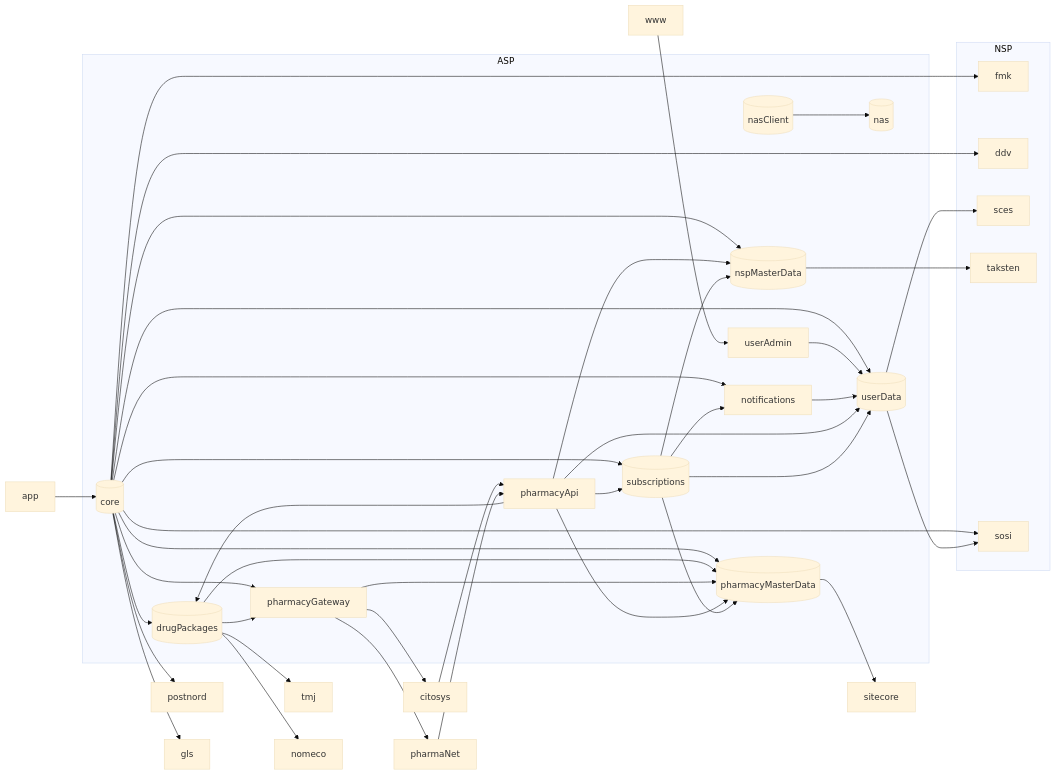
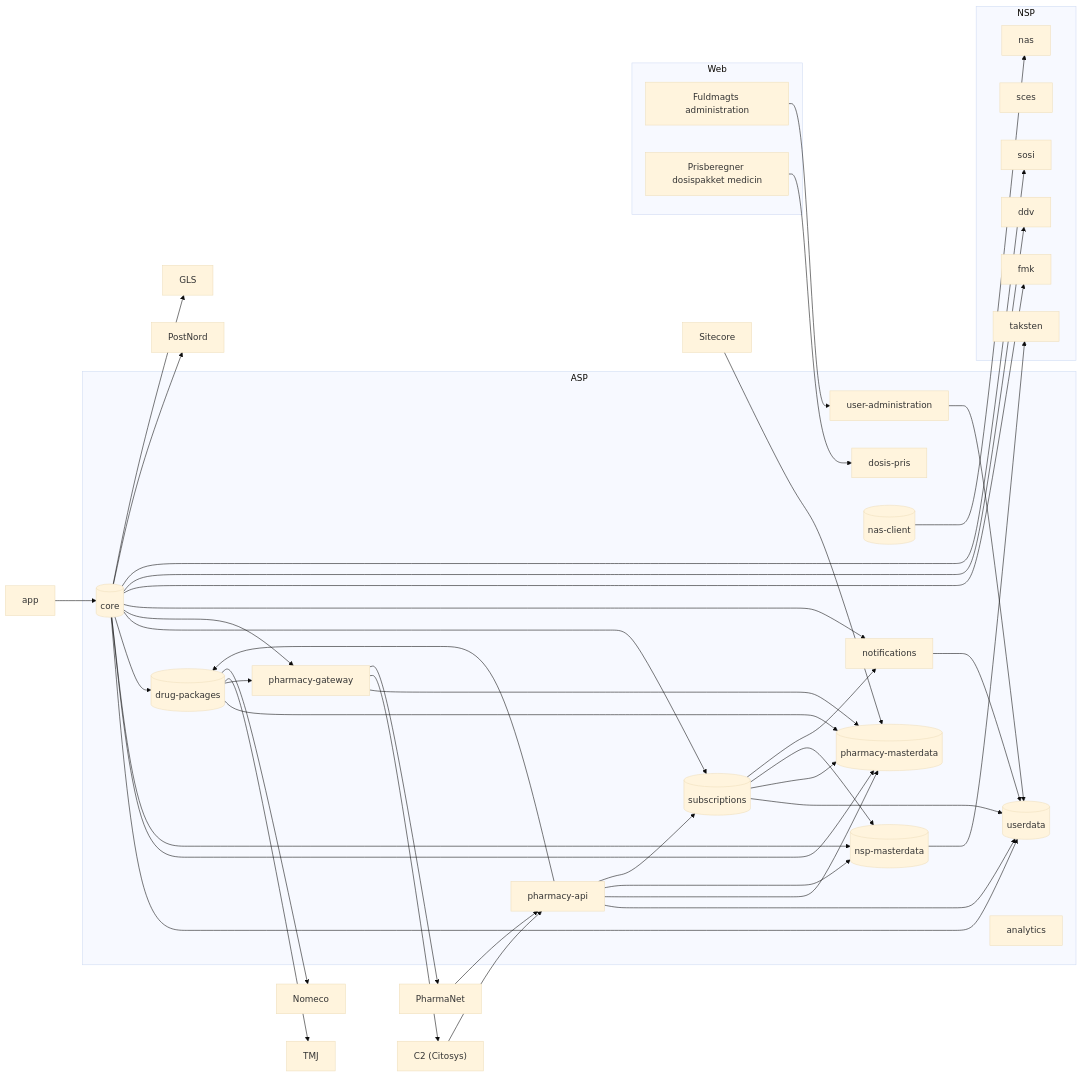
One commit to trifork/apoteksapp-documentation changed the diagram in README.md. Above: the diagram before and after it, drawn with Mermaid (base theme). The commit also changed other lines of this file, not shown here.

Commit message:
Rework dependency graph

````diff
--- a/README.md
+++ b/README.md
@@ -18,54 +21,85 @@
 ```mermaid
-flowchart LR
+graph LR
+    subgraph asp["ASP"]
+        core[("core")]
+        click core "https://github.com/trifork/apoteksapp-backend-core"
+        
+        userdata[("userdata")]
+        click userdata "https://github.com/trifork/apoteksapp-backend-userdata"
+        
+        pharmacyMasterdata[("pharmacy-masterdata")]
+        click pharmacyMasterdata "https://github.com/trifork/apoteksapp-backend-pharmacy-masterdata"
+        
+        nspMasterdata[("nsp-masterdata")]
+        click nspMasterdata "https://github.com/trifork/apoteksapp-backend-nsp-masterdata"
+        
+        drugPackages[("drug-packages")]
+        click drugPackages "https://github.com/trifork/apoteksapp-backend-drug-packages"
+        
+        subscriptions[("subscriptions")]
+        click subscriptions "https://github.com/trifork/apoteksapp-backend-subscriptions"
+               
+        pharmacyApi["pharmacy-api"]
+        click pharmacyApi "https://github.com/trifork/apoteksapp-backend-pharmacy-api"
+        
+        pharmacyGateway["pharmacy-gateway"]
+        click pharmacyGateway "https://github.com/trifork/apoteksapp-backend-pharmacy-gateway"
+        
+        nasClient[("nas-client")]
+        click nasClient "https://github.com/trifork/apoteksapp-backend-nas-client"
+        
+        userAdmin["user-administration"]
+        click userAdmin "https://github.com/trifork/apoteksapp-backend-user-administration"
+        
+        notifications["notifications"]
+        click notifications "https://github.com/trifork/apoteksapp-backend-notifications"
 
-    subgraph asp["ASP"]
-        core[(core)]
-        nspMasterData[(nspMasterData)]
-        subscriptions[(subscriptions)]
-        userAdmin
-        userData[(userData)]
-        nas[(nas)]
-        drugPackages[(drugPackages)]
-        notifications
-        pharmacyMasterData[(pharmacyMasterData)]
-        pharmacyApi
-        pharmacyGateway
-        nasClient[(nasClient)]
+        analytics["analytics"]
+        click analytics "https://github.com/trifork/apoteksapp-backend-analytics"
+        
+        dosePriceWeb["dosis-pris"]
+        click dosePriceWeb "https://github.com/trifork/apoteksapp-dosis-pris"
+    end
+
+    subgraph www["Web"]
+        procurationAdmin["Fuldmagts administration"]
+        click procurationAdmin "https://app.apoteket.dk/login"
+    
+        dosePrice["Prisberegner dosispakket medicin"]
+        click dosePrice "https://app.apoteket.dk/prisberegner-dosispakket-medicin"
     end
 
     subgraph nsp["NSP"]
+        sosi
+        sces
         fmk
         ddv
-        sces
+        nas
         taksten
-        sosi
     end
 
     app
-    www
-    tmj
-    nomeco
-    sitecore
-    citosys
-    pharmaNet
-
-    postnord
-    gls
+    sitecore["Sitecore"]
+    citosys["C2 (Citosys)"]
+    pharmaNet["PharmaNet"]
+    tmj["TMJ"]
+    nomeco["Nomeco"]
+    postnord["PostNord"]
+    gls["GLS"]
+    
+    core --> userdata & pharmacyMasterdata & nspMasterdata & drugPackages & subscriptions & pharmacyGateway & notifications & fmk & ddv & sosi & postnord & gls
+    nspMasterdata --> taksten
+    drugPackages --> pharmacyMasterdata & pharmacyGateway & tmj & nomeco
+    subscriptions --> userdata & pharmacyMasterdata & nspMasterdata & notifications
+    pharmacyApi --> userdata & pharmacyMasterdata & nspMasterdata & drugPackages & subscriptions
+    pharmacyGateway --> pharmacyMasterdata & citosys & pharmaNet
+    nasClient --> nas
+    userAdmin --> userdata
+    notifications --> userdata
 
     app --> core
-    www --> userAdmin
-    core --> subscriptions & userData & nspMasterData & drugPackages & notifications & pharmacyGateway & pharmacyMasterData & postnord & gls & fmk & ddv & sosi
-    nspMasterData --> taksten
-    userAdmin --> userData
-    userData --> sces & sosi
-    nasClient --> nas
-    drugPackages --> pharmacyMasterData & pharmacyGateway & tmj & nomeco
-    notifications --> userData
-    pharmacyMasterData --> sitecore
-    pharmacyGateway --> pharmacyMasterData & citosys & pharmaNet
-    pharmacyApi --> drugPackages & nspMasterData & pharmacyMasterData & subscriptions & userData
-    subscriptions --> notifications & nspMasterData & pharmacyMasterData & userData
+    procurationAdmin --> userAdmin
+    dosePrice --> dosePriceWeb
+    sitecore --> pharmacyMasterdata
     citosys & pharmaNet --> pharmacyApi
-
-    classDef database fill:#faa;
 ```
````
